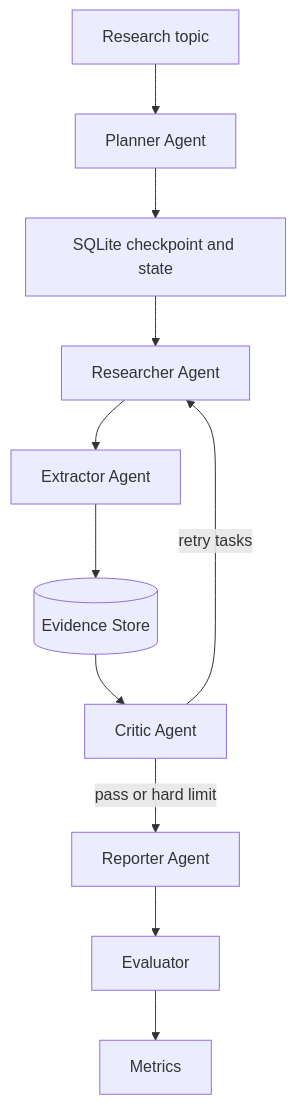
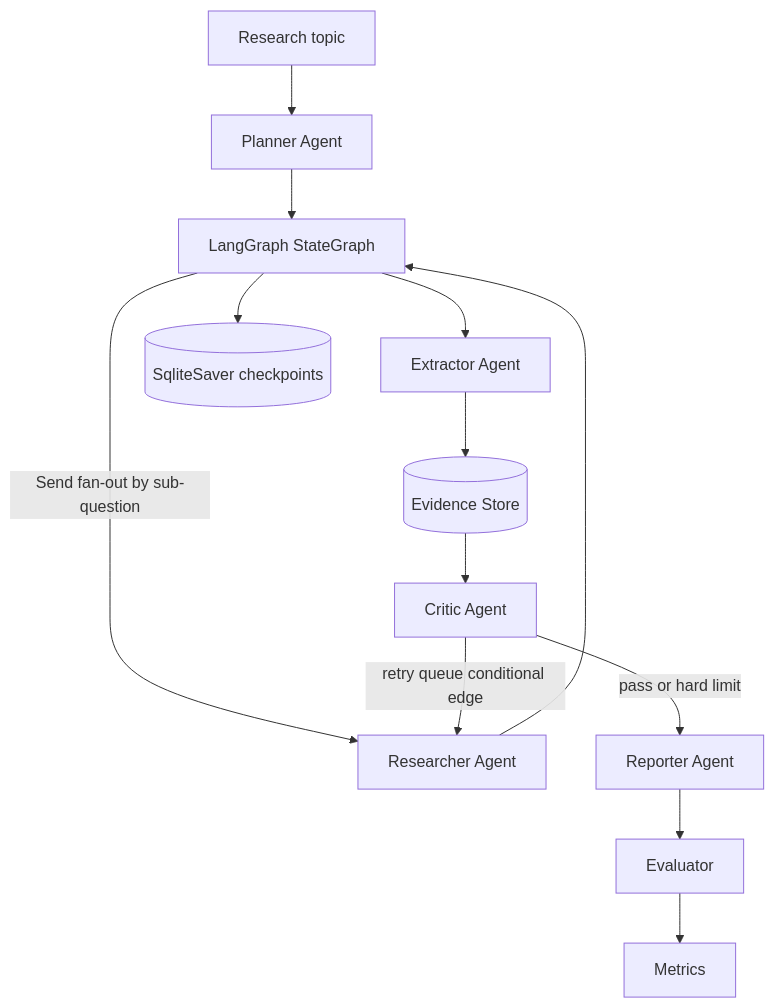
One commit to linqiaoyu/DeepResearchAgent changed the diagram in README.md. Above: the diagram before and after it, drawn with Mermaid. The commit also changed other lines of this file and 2 other files, not shown here.

````diff
--- a/README.md
+++ b/README.md
@@ -16,13 +16,15 @@
 ```mermaid
 flowchart TD
     U[Research topic] --> P[Planner Agent]
-    P --> S[SQLite checkpoint and state]
-    S --> R[Researcher Agent]
-    R --> X[Extractor Agent]
+    P --> G[LangGraph StateGraph]
+    G -->|Send fan-out by sub-question| R[Researcher Agent]
+    R --> G
+    G --> X[Extractor Agent]
     X --> E[(Evidence Store)]
     E --> C[Critic Agent]
-    C -->|retry tasks| R
+    C -->|retry queue conditional edge| R
     C -->|pass or hard limit| W[Reporter Agent]
     W --> V[Evaluator]
     V --> M[Metrics]
+    G --> S[(SqliteSaver checkpoints)]
 ```
````
